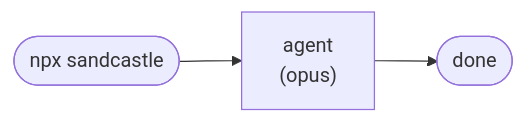
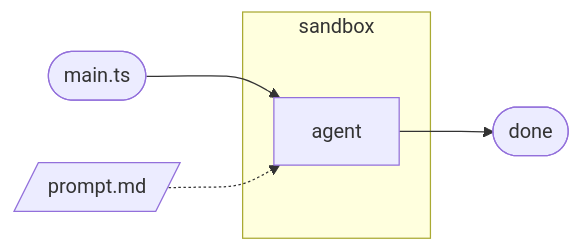
Before and after one commit to RRMoelker/sandcastle-beads-workshop: the first of 5 diagrams in slides/slides.md, drawn with Mermaid. The commit also changed other lines of this file and 3 other files, not shown here.

````diff
--- a/slides/slides.md
+++ b/slides/slides.md
@@ -207,5 +207,10 @@
 ```mermaid
 flowchart LR
-  A(["npx sandcastle"]) --> B["agent<br/>(opus)"]
+  A(["main.ts"]) --> B["agent"]
+  IP[/"prompt.md"/] -.-> B
   B --> C(["done"])
+
+  subgraph SB["sandbox"]
+    B
+  end
 ```
````
